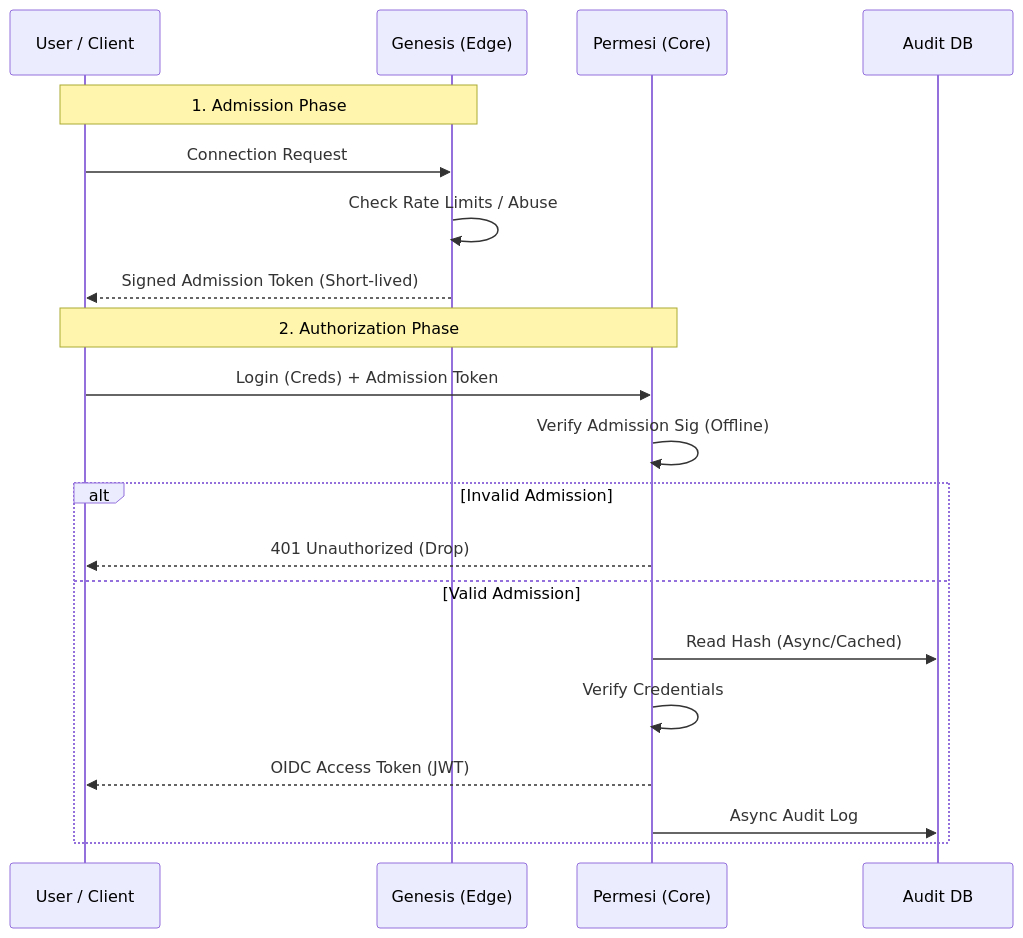
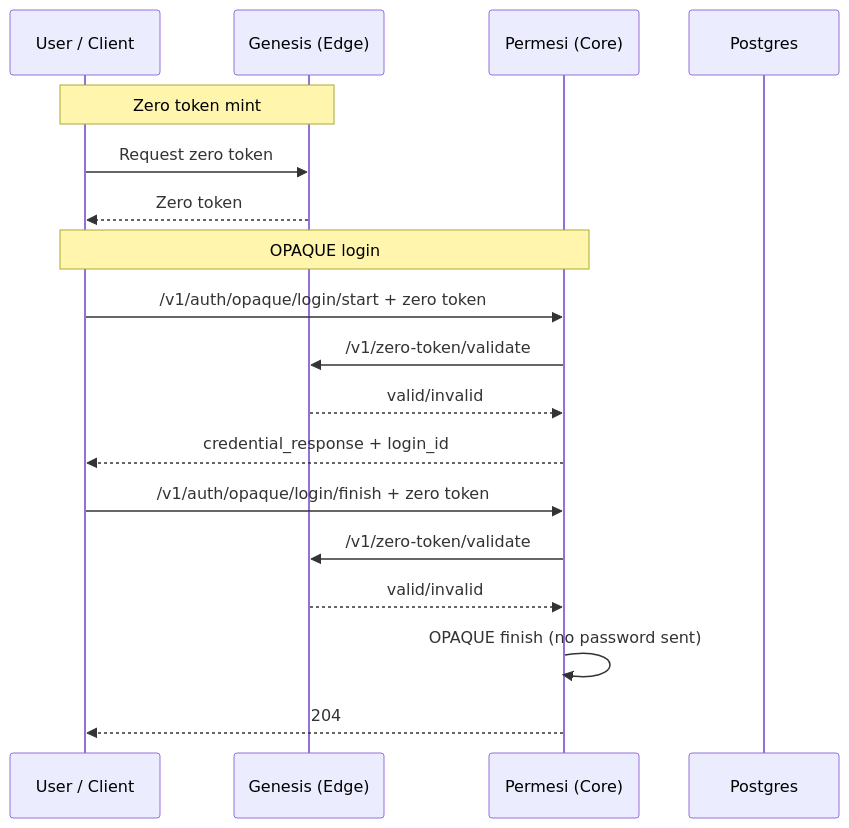
The second of 2 diagrams in README.md (permesi/permesi), drawn with Mermaid before and after one commit. The commit also changed other lines of this file and 37 other files, not shown here.

````diff
--- a/README.md
+++ b/README.md
@@ -102,24 +105,23 @@
 ```mermaid
 sequenceDiagram
     participant U as User / Client
     participant G as Genesis (Edge)
     participant P as Permesi (Core)
-    participant DB as Audit DB
+    participant DB as Postgres
 
-    Note over U, G: 1. Admission Phase
-    U->>G: Connection Request
-    G->>G: Check Rate Limits / Abuse
-    G-->>U: Signed Admission Token (Short-lived)
+    Note over U, G: Zero token mint
+    U->>G: Request zero token
+    G-->>U: Zero token
 
-    Note over U, P: 2. Authorization Phase
-    U->>P: Login (Creds) + Admission Token
-    P->>P: Verify Admission Sig (Offline)
-    alt Invalid Admission
-        P-->>U: 401 Unauthorized (Drop)
-    else Valid Admission
-        P->>DB: Read Hash (Async/Cached)
-        P->>P: Verify Credentials
-        P-->>U: OIDC Access Token (JWT)
-        P->>DB: Async Audit Log
-    end
+    Note over U, P: OPAQUE login
+    U->>P: /v1/auth/opaque/login/start + zero token
+    P->>G: /v1/zero-token/validate
+    G-->>P: valid/invalid
+    P-->>U: credential_response + login_id
+
+    U->>P: /v1/auth/opaque/login/finish + zero token
+    P->>G: /v1/zero-token/validate
+    G-->>P: valid/invalid
+    P->>P: OPAQUE finish (no password sent)
+    P-->>U: 204
 ```
````
